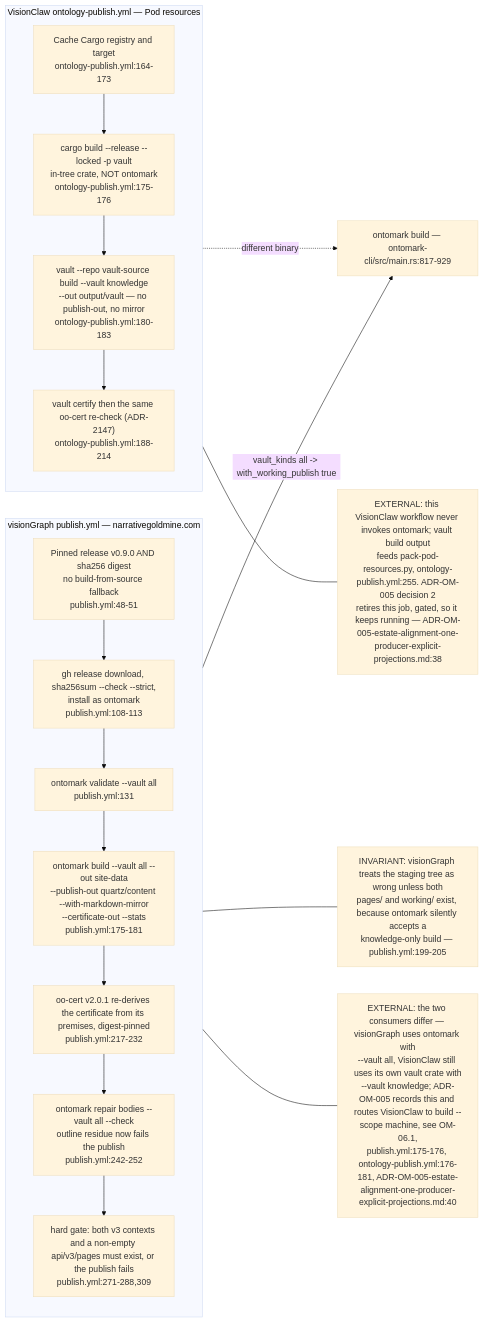
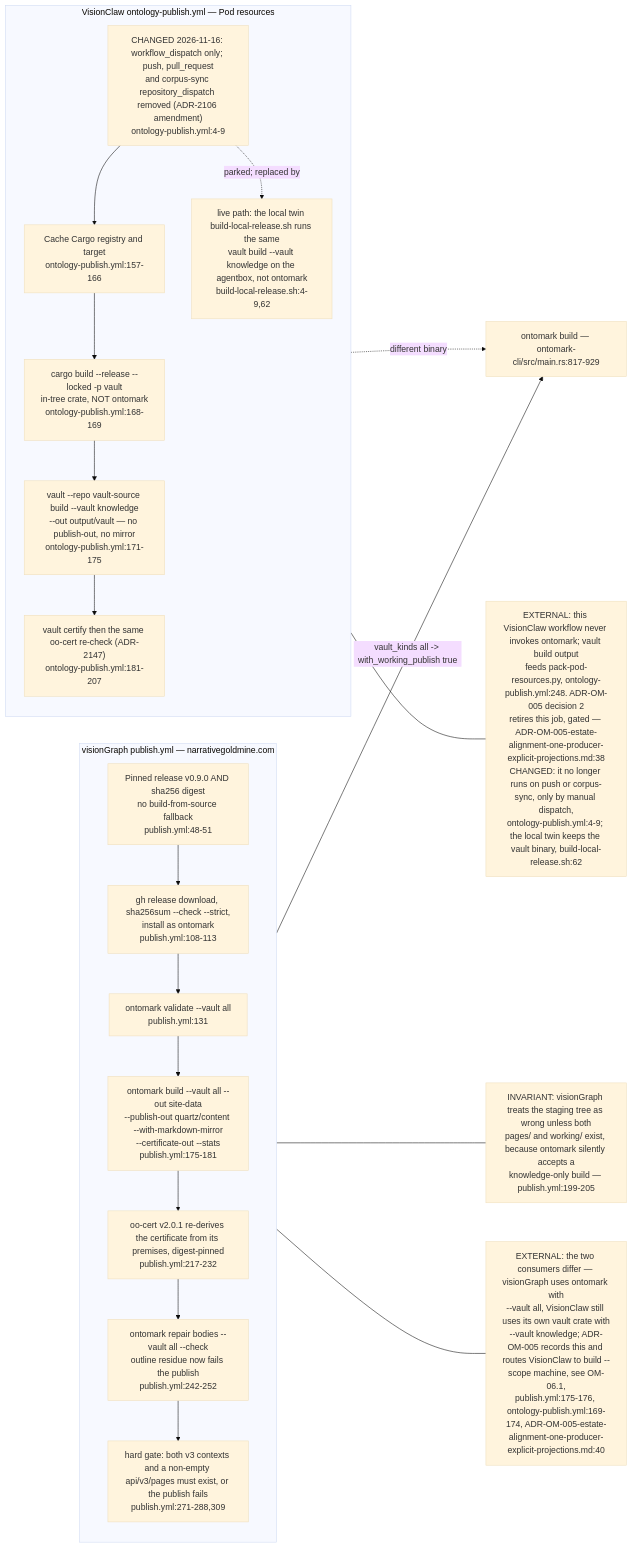
The fifth of 7 diagrams in docs/diagrams/ontomark/05-cli-commands-vault-selector-and-exit-codes.md (DreamLab-AI/VisionFlow), drawn with Mermaid (base theme) before and after one commit. The commit also changed other lines of this file and 3 other files, not shown here.

First line of the commit message:
diagrams(ontomark): re-verify OM-05, OM-06, OM-07, OM-09 at pinned heads; map whelk-el

````diff
--- a/docs/diagrams/ontomark/05-cli-commands-vault-selector-and-exit-codes.md
+++ b/docs/diagrams/ontomark/05-cli-commands-vault-selector-and-exit-codes.md
@@ -205,31 +216,34 @@
 ```mermaid
 flowchart LR
     subgraph VG["visionGraph publish.yml — narrativegoldmine.com"]
         direction TB
         VGPIN["Pinned release v0.9.0 AND sha256 digest<br/>no build-from-source fallback<br/>publish.yml:48-51"]
         VGFETCH["gh release download, sha256sum --check --strict,<br/>install as ontomark<br/>publish.yml:108-113"]
         VGVAL["ontomark validate --vault all<br/>publish.yml:131"]
         VGBUILD["ontomark build --vault all --out site-data<br/>--publish-out quartz/content --with-markdown-mirror<br/>--certificate-out --stats<br/>publish.yml:175-181"]
         VGCERT["oo-cert v2.0.1 re-derives the certificate from its premises, digest-pinned<br/>publish.yml:217-232"]
         VGREP["ontomark repair bodies --vault all --check<br/>outline residue now fails the publish<br/>publish.yml:242-252"]
         VGGATE["hard gate: both v3 contexts and a non-empty api/v3/pages must exist, or the publish fails<br/>publish.yml:271-288,309"]
         VGPIN --> VGFETCH --> VGVAL --> VGBUILD --> VGCERT --> VGREP --> VGGATE
     end
     subgraph VC["VisionClaw ontology-publish.yml — Pod resources"]
         direction TB
-        VCCACHE["Cache Cargo registry and target<br/>ontology-publish.yml:164-173"]
-        VCBUILD["cargo build --release --locked -p vault<br/>in-tree crate, NOT ontomark<br/>ontology-publish.yml:175-176"]
-        VCRUN["vault --repo vault-source build --vault knowledge<br/>--out output/vault — no publish-out, no mirror<br/>ontology-publish.yml:180-183"]
-        VCCERT["vault certify then the same oo-cert re-check (ADR-2147)<br/>ontology-publish.yml:188-214"]
-        VCCACHE --> VCBUILD --> VCRUN --> VCCERT
+        VCTRIG["CHANGED 2026-11-16: workflow_dispatch only; push, pull_request<br/>and corpus-sync repository_dispatch removed (ADR-2106 amendment)<br/>ontology-publish.yml:4-9"]
+        VCCACHE["Cache Cargo registry and target<br/>ontology-publish.yml:157-166"]
+        VCBUILD["cargo build --release --locked -p vault<br/>in-tree crate, NOT ontomark<br/>ontology-publish.yml:168-169"]
+        VCRUN["vault --repo vault-source build --vault knowledge<br/>--out output/vault — no publish-out, no mirror<br/>ontology-publish.yml:171-175"]
+        VCCERT["vault certify then the same oo-cert re-check (ADR-2147)<br/>ontology-publish.yml:181-207"]
+        VCLOCAL["live path: the local twin build-local-release.sh runs the same<br/>vault build --vault knowledge on the agentbox, not ontomark<br/>build-local-release.sh:4-9,62"]
+        VCTRIG --> VCCACHE --> VCBUILD --> VCRUN --> VCCERT
+        VCTRIG -.->|"parked; replaced by"| VCLOCAL
     end
     BIN["ontomark build — ontomark-cli/src/main.rs:817-929"]
     VGBUILD -->|"vault_kinds all -> with_working_publish true"| BIN
     VCRUN -.->|"different binary"| BIN
-    n1["EXTERNAL: the two consumers differ — visionGraph uses ontomark with<br/>--vault all, VisionClaw still uses its own vault crate with<br/>--vault knowledge; ADR-OM-005 records this and routes VisionClaw to build --scope machine, see OM-06.1,<br/>publish.yml:175-176, ontology-publish.yml:176-181, ADR-OM-005-estate-alignment-one-producer-explicit-projections.md:40"]
-    n2["EXTERNAL: this VisionClaw workflow never invokes ontomark; vault build output<br/>feeds pack-pod-resources.py, ontology-publish.yml:255. ADR-OM-005 decision 2<br/>retires this job, gated, so it keeps running — ADR-OM-005-estate-alignment-one-producer-explicit-projections.md:38"]
+    n1["EXTERNAL: the two consumers differ — visionGraph uses ontomark with<br/>--vault all, VisionClaw still uses its own vault crate with<br/>--vault knowledge; ADR-OM-005 records this and routes VisionClaw to build --scope machine, see OM-06.1,<br/>publish.yml:175-176, ontology-publish.yml:169-174, ADR-OM-005-estate-alignment-one-producer-explicit-projections.md:40"]
+    n2["EXTERNAL: this VisionClaw workflow never invokes ontomark; vault build output<br/>feeds pack-pod-resources.py, ontology-publish.yml:248. ADR-OM-005 decision 2<br/>retires this job, gated — ADR-OM-005-estate-alignment-one-producer-explicit-projections.md:38<br/>CHANGED: it no longer runs on push or corpus-sync, only by manual dispatch,<br/>ontology-publish.yml:4-9; the local twin keeps the vault binary, build-local-release.sh:62"]
     n3["INVARIANT: visionGraph treats the staging tree as wrong unless both<br/>pages/ and working/ exist, because ontomark silently accepts a<br/>knowledge-only build — publish.yml:199-205"]
     VG --- n1
     VC --- n2
     VGBUILD --- n3
 ```
````
